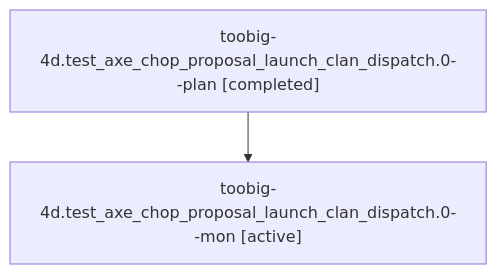
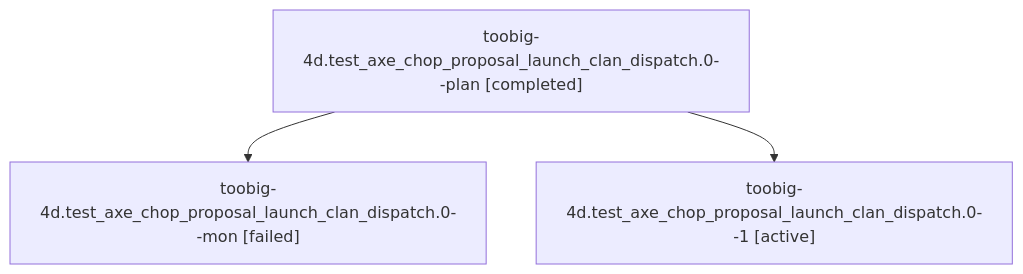
Before and after one commit to sase-org/sase--agents: the diagram in families/bbugyi200.athena.toobig-4d.test_axe_chop_proposal_launch_clan_dispatch.0.md, drawn with Mermaid. The commit also changed other lines of this file and 22 other files, not shown here.

````diff
--- a/families/bbugyi200.athena.toobig-4d.test_axe_chop_proposal_launch_clan_dispatch.0.md
+++ b/families/bbugyi200.athena.toobig-4d.test_axe_chop_proposal_launch_clan_dispatch.0.md
@@ -9,6 +9,8 @@
 ```mermaid
 flowchart TD
   n0["toobig-4d.test_axe_chop_proposal_launch_clan_dispatch.0--plan [completed]"]
-  n1["toobig-4d.test_axe_chop_proposal_launch_clan_dispatch.0--mon [active]"]
+  n1["toobig-4d.test_axe_chop_proposal_launch_clan_dispatch.0--mon [failed]"]
   n0 --> n1
+  n2["toobig-4d.test_axe_chop_proposal_launch_clan_dispatch.0--1 [active]"]
+  n0 --> n2
 ```
````
